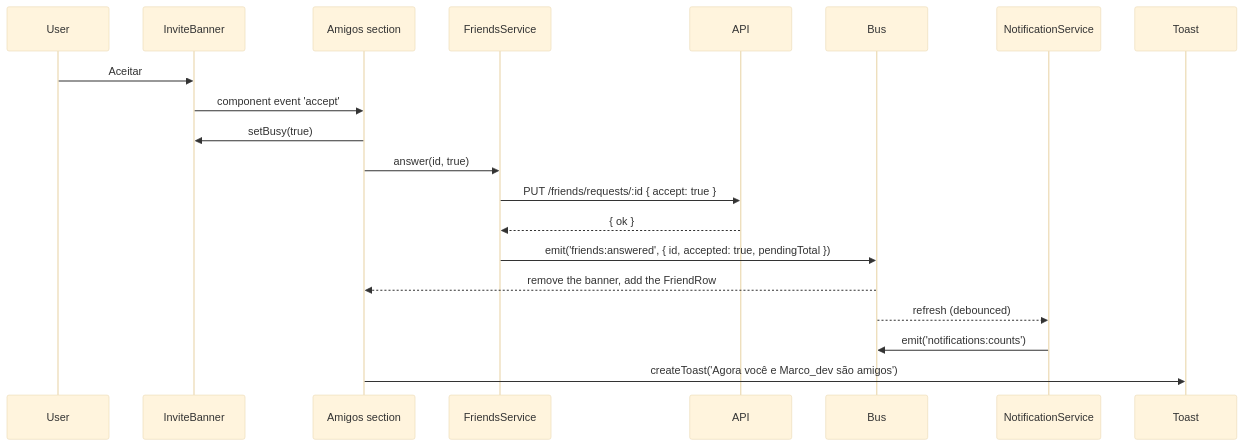
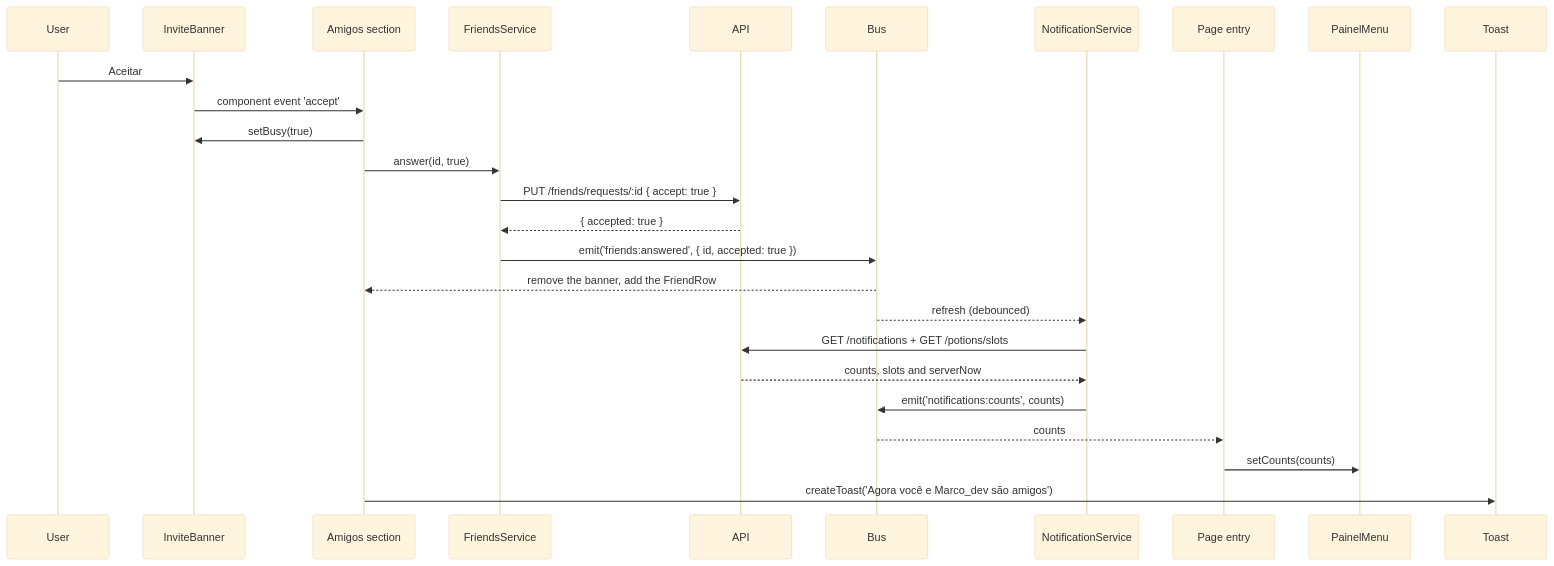
One commit to werlang/gladCode2 changed the sixth of 9 diagrams in docs/frontend/events.md. Above: the diagram before and after it, drawn with Mermaid (base theme). The commit also changed other lines of this file and 4 other files, not shown here.

Commit message:
docs: make the Painel event and page contracts executable

````diff
--- a/docs/frontend/events.md
+++ b/docs/frontend/events.md
@@ -292,22 +416,28 @@
 ```mermaid
 sequenceDiagram
     participant User
     participant Banner as InviteBanner
     participant Section as Amigos section
     participant Svc as FriendsService
     participant API
     participant Bus
     participant Notif as NotificationService
+    participant Shell as Page entry
+    participant Menu as PainelMenu
     participant Toast
     User->>Banner: Aceitar
     Banner->>Section: component event 'accept'
     Section->>Banner: setBusy(true)
     Section->>Svc: answer(id, true)
     Svc->>API: PUT /friends/requests/:id { accept: true }
-    API-->>Svc: { ok }
-    Svc->>Bus: emit('friends:answered', { id, accepted: true, pendingTotal })
+    API-->>Svc: { accepted: true }
+    Svc->>Bus: emit('friends:answered', { id, accepted: true })
     Bus-->>Section: remove the banner, add the FriendRow
     Bus-->>Notif: refresh (debounced)
-    Notif->>Bus: emit('notifications:counts')
+    Notif->>API: GET /notifications + GET /potions/slots
+    API-->>Notif: counts, slots and serverNow
+    Notif->>Bus: emit('notifications:counts', counts)
+    Bus-->>Shell: counts
+    Shell->>Menu: setCounts(counts)
     Section->>Toast: createToast('Agora você e Marco_dev são amigos')
 ```
````
